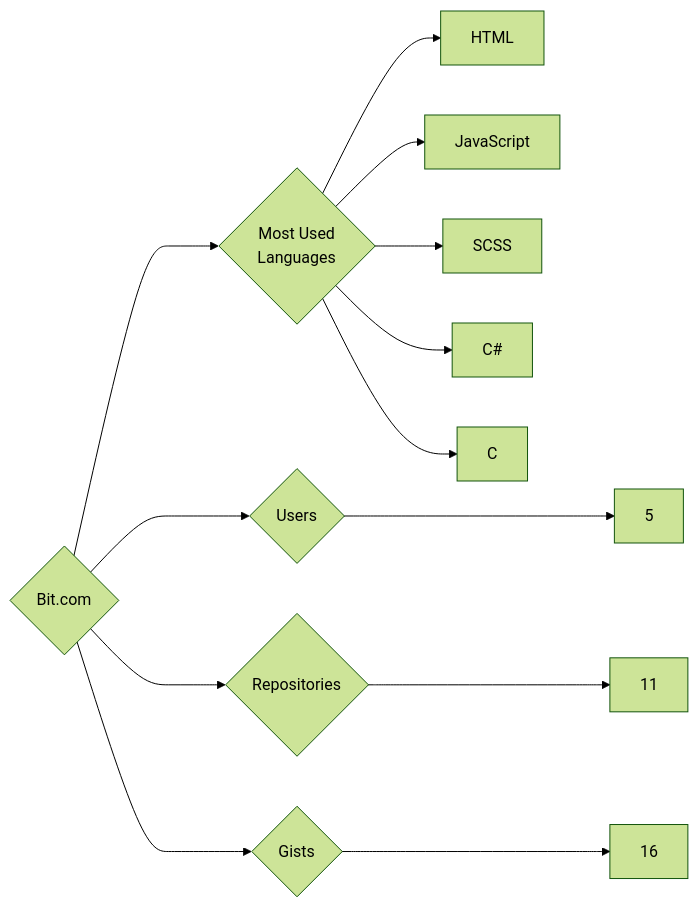
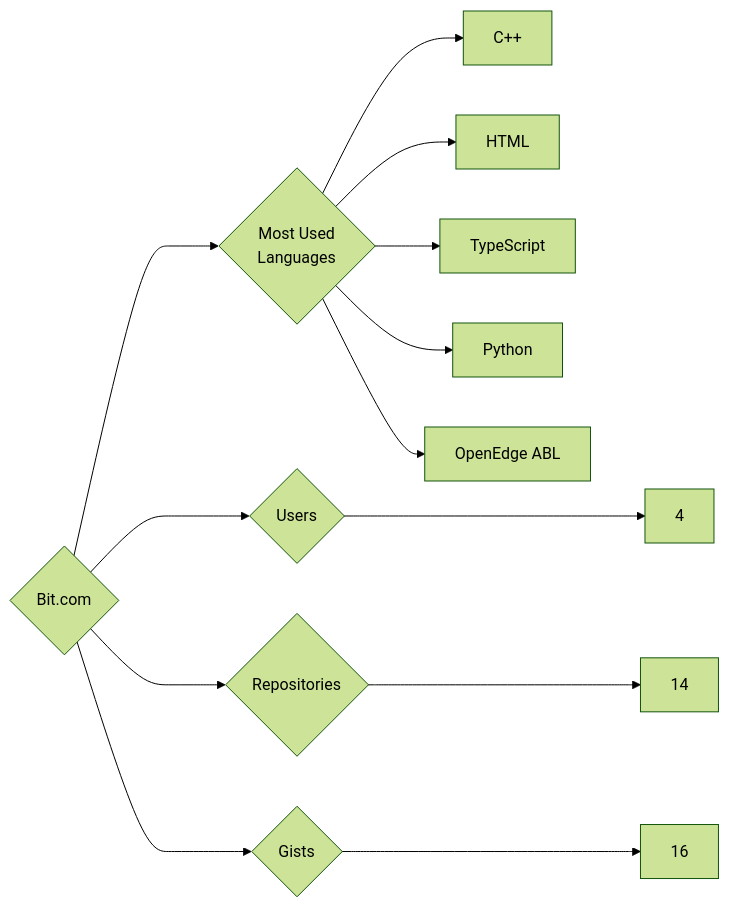
Before and after one commit to trickest/insiders: the diagram in targets/Bit.com/README.md, drawn with Mermaid (forest theme). The commit also changed 993 other files, not shown here.

````diff
--- a/targets/Bit.com/README.md
+++ b/targets/Bit.com/README.md
@@ -3,13 +3,13 @@
 ```mermaid
 graph LR
 COMPANY_NAME{Bit.com}
-COMPANY_NAME ---> U{Users} ---> UN[5]
-COMPANY_NAME ---> R{Repositories} ---> RN[11]
+COMPANY_NAME ---> U{Users} ---> UN[4]
+COMPANY_NAME ---> R{Repositories} ---> RN[14]
 COMPANY_NAME ---> G{Gists} ---> GN[16]
 COMPANY_NAME ---> ML{Most Used<br>Languages}
+ML --> C++[C++]
 ML --> HTML[HTML]
-ML --> JavaScript[JavaScript]
-ML --> SCSS[SCSS]
-ML --> C#[C#]
-ML --> C[C]
+ML --> TypeScript[TypeScript]
+ML --> Python[Python]
+ML --> OpenEdge_ABL[OpenEdge ABL]
 ```
````
